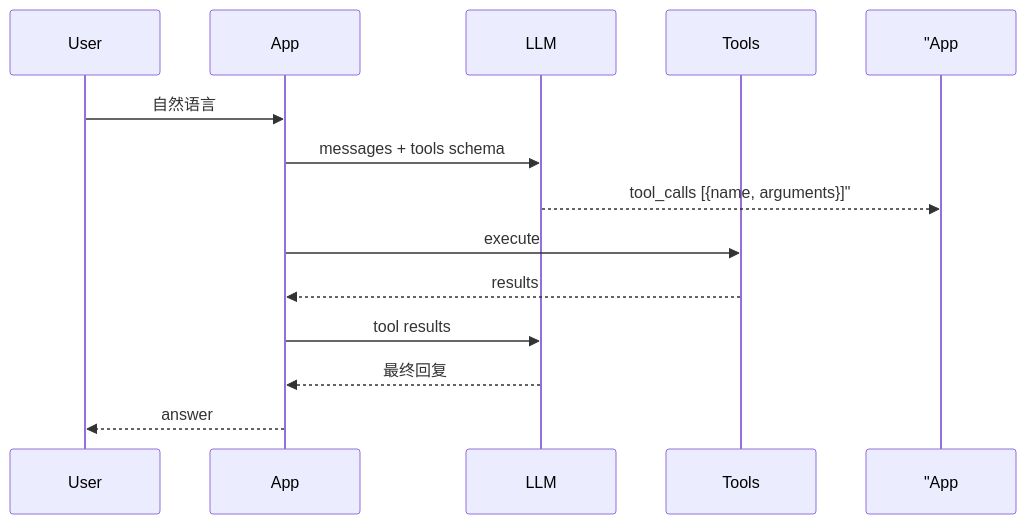
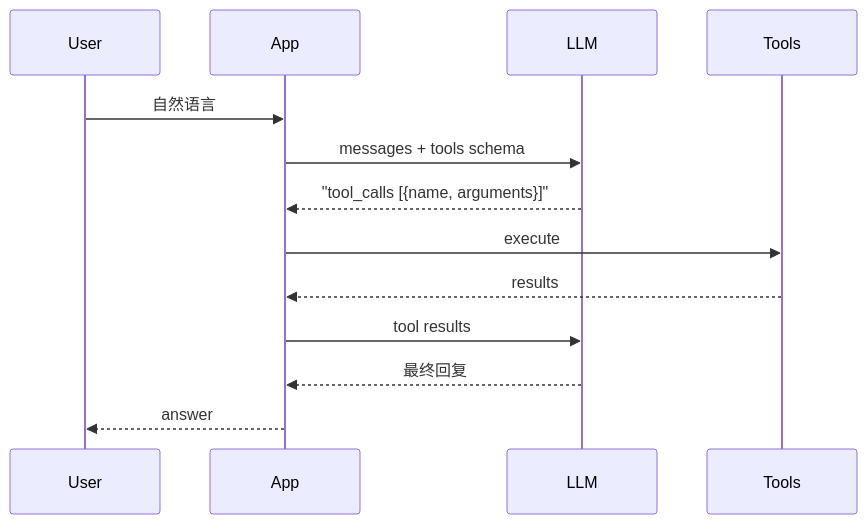
The diagram in course/day21/13_深度扩展_FunctionCalling与编排.md (ab6539763/70_days_course_plus), drawn with Mermaid before and after one commit. The commit also changed 80 other files, not shown here.

First line of the commit message:
fix(course): 修复 Mermaid 图表渲染报错 + 同步嵌入代码快照

````diff
--- a/course/day21/13_深度扩展_FunctionCalling与编排.md
+++ b/course/day21/13_深度扩展_FunctionCalling与编排.md
@@ -12,16 +12,16 @@
 ```mermaid
 sequenceDiagram
     participant User
     participant App
     participant LLM
     participant Tools
 
     User->>App: 自然语言
     App->>LLM: messages + tools schema
-    LLM-->> "App: tool_calls [{name, arguments}]"
+    LLM-->>App: "tool_calls [{name, arguments}]"
     App->>Tools: execute
     Tools-->>App: results
     App->>LLM: tool results
     LLM-->>App: 最终回复
     App-->>User: answer
 ```
````
